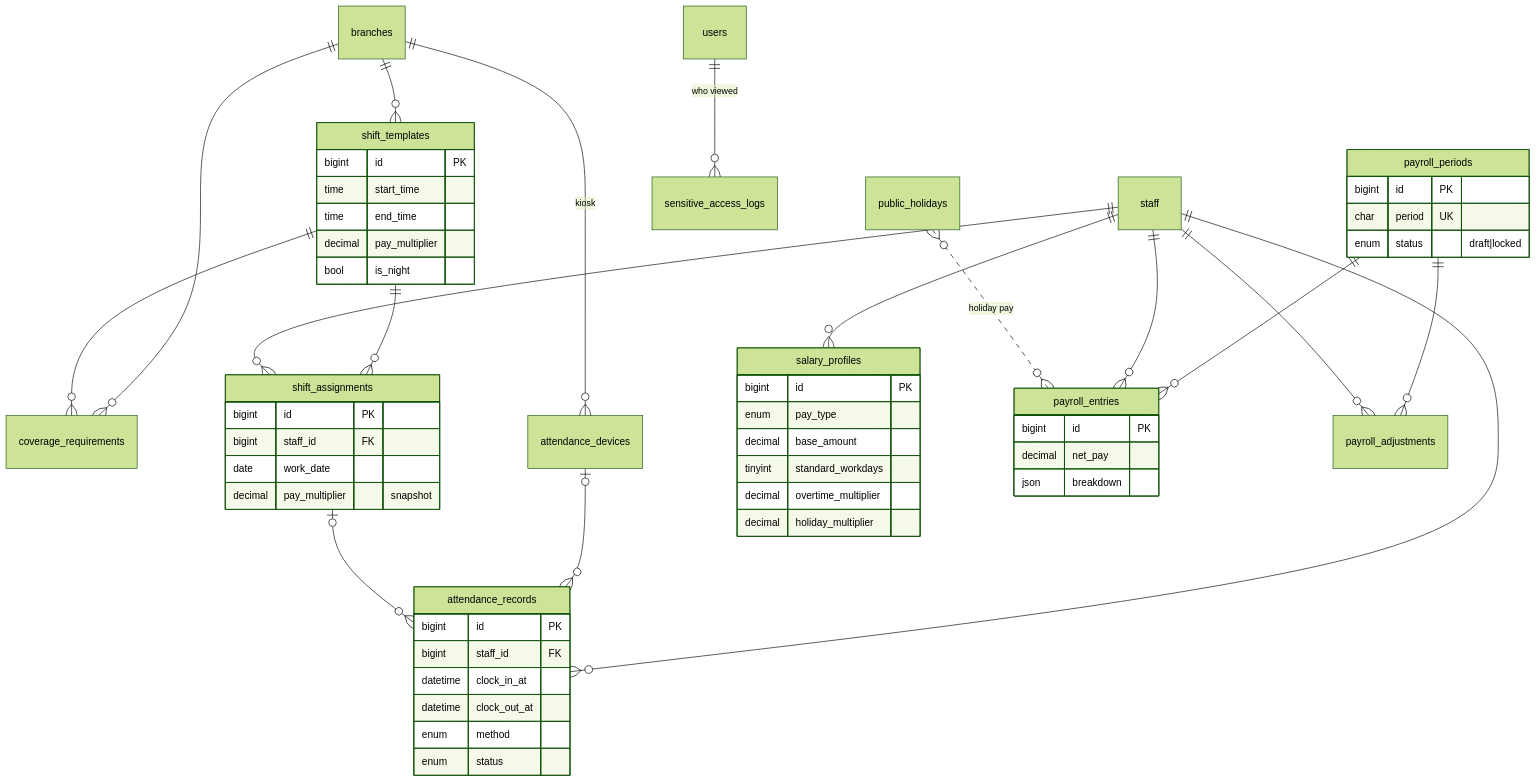
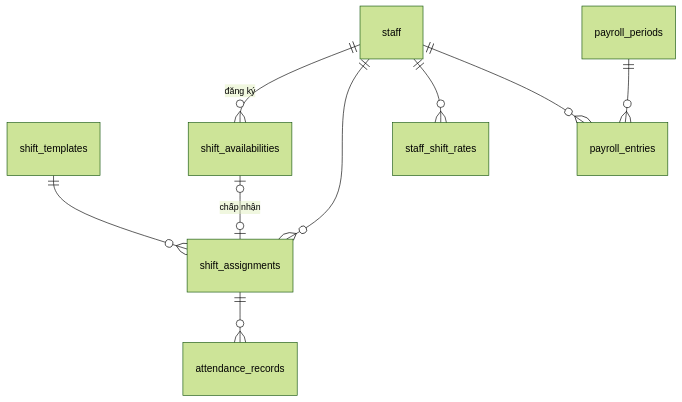
One commit to trancn-dev/pet-spa-booking-saas changed the third of 3 diagrams in docs/database/db-schema.md. Above: the diagram before and after it, drawn with Mermaid (forest theme). The commit also changed other lines of this file and 57 other files, not shown here.

````diff
--- a/docs/database/db-schema.md
+++ b/docs/database/db-schema.md
@@ -351,59 +325,11 @@
 ```mermaid
 erDiagram
-    branches ||--o{ shift_templates : ""
-    branches ||--o{ coverage_requirements : ""
-    shift_templates ||--o{ coverage_requirements : ""
-    shift_templates ||--o{ shift_assignments : ""
-    staff ||--o{ shift_assignments : ""
-    branches ||--o{ attendance_devices : "kiosk"
-    staff ||--o{ attendance_records : ""
-    attendance_devices |o--o{ attendance_records : ""
-    shift_assignments |o--o{ attendance_records : ""
-    staff ||--o{ salary_profiles : ""
-    payroll_periods ||--o{ payroll_entries : ""
-    staff ||--o{ payroll_entries : ""
-    payroll_periods ||--o{ payroll_adjustments : ""
-    staff ||--o{ payroll_adjustments : ""
-    users ||--o{ sensitive_access_logs : "who viewed"
-    public_holidays }o..o{ payroll_entries : "holiday pay"
-
-    shift_templates {
-        bigint id PK
-        time start_time
-        time end_time
-        decimal pay_multiplier
-        bool is_night
-    }
-    shift_assignments {
-        bigint id PK
-        bigint staff_id FK
-        date work_date
-        decimal pay_multiplier "snapshot"
-    }
-    attendance_records {
-        bigint id PK
-        bigint staff_id FK
-        datetime clock_in_at
-        datetime clock_out_at
-        enum method
-        enum status
-    }
-    salary_profiles {
-        bigint id PK
-        enum pay_type
-        decimal base_amount
-        tinyint standard_workdays
-        decimal overtime_multiplier
-        decimal holiday_multiplier
-    }
-    payroll_periods {
-        bigint id PK
-        char period UK
-        enum status "draft|locked"
-    }
-    payroll_entries {
-        bigint id PK
-        decimal net_pay
-        json breakdown
-    }
+  shift_templates ||--o{ shift_assignments : ""
+  staff ||--o{ shift_availabilities : "đăng ký"
+  shift_availabilities |o--o| shift_assignments : "chấp nhận"
+  staff ||--o{ shift_assignments : ""
+  staff ||--o{ staff_shift_rates : ""
+  shift_assignments ||--o{ attendance_records : ""
+  payroll_periods ||--o{ payroll_entries : ""
+  staff ||--o{ payroll_entries : ""
 ```
````
